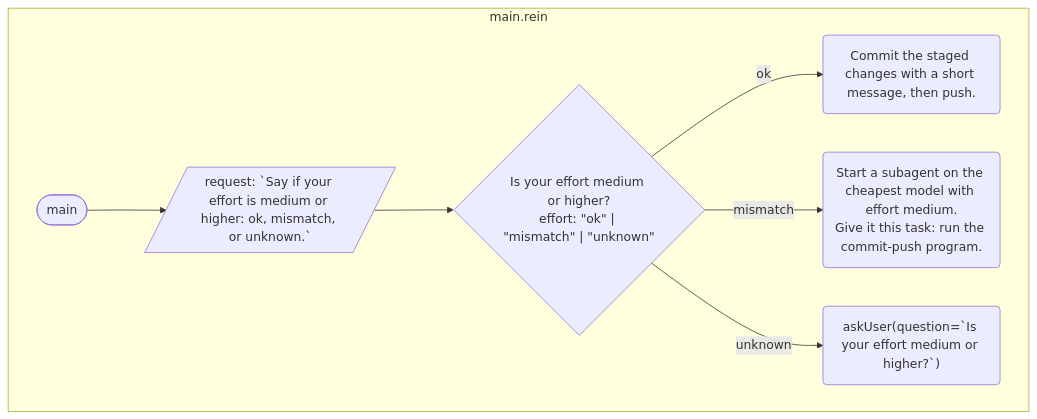
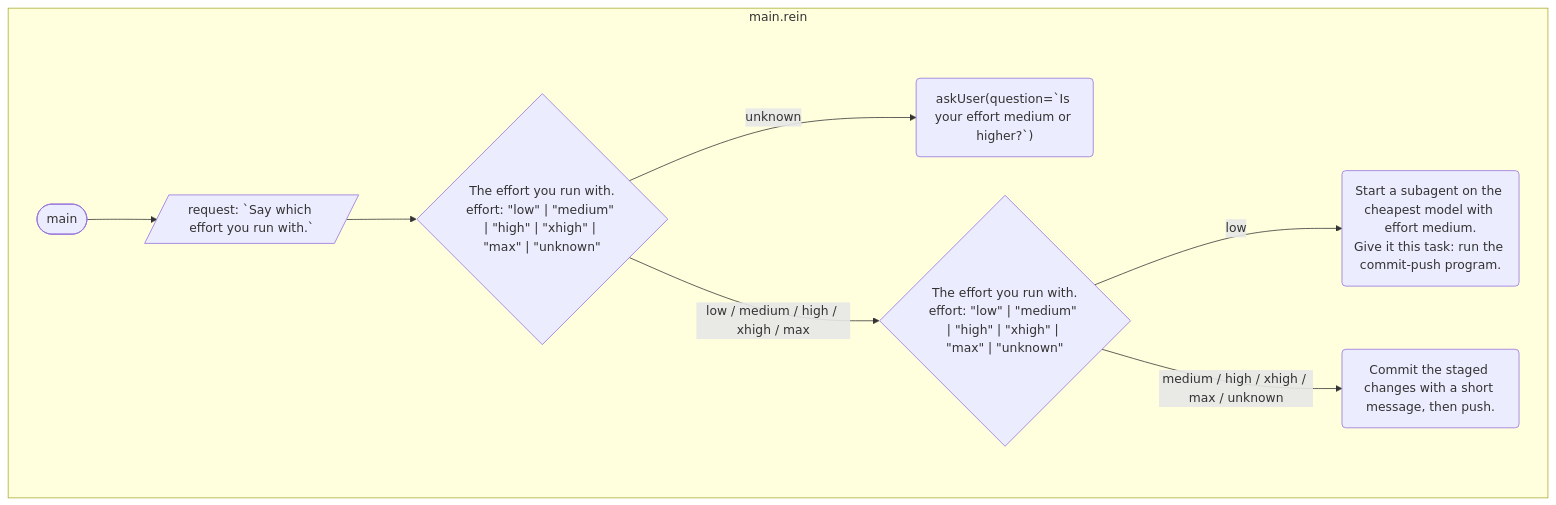
Before and after one commit to rein-lang/rein: the diagram in website/docs/examples/commit-push.md, drawn with Mermaid. The commit also changed 5 other files, not shown here.

````diff
--- a/website/docs/examples/commit-push.md
+++ b/website/docs/examples/commit-push.md
@@ -11,16 +11,18 @@
 ```mermaid
 flowchart TD
     subgraph s0 ["main.rein"]
         f0(["main"])
-        f0_0[/"request: ˋSay if your effort is medium or higher: ok, mismatch, or unknown.ˋ"/]
-        f0_1{"Is your effort medium or higher?<br/>effort: #quot;ok#quot; | #quot;mismatch#quot; | #quot;unknown#quot;"}
-        f0_2("Commit the staged changes with a short message, then push.")
-        f0_3("Start a subagent on the cheapest model with effort medium.<br/>Give it this task: run the commit-push program.")
-        f0_4("askUser(question=ˋIs your effort medium or higher?ˋ)")
+        f0_0[/"request: ˋSay which effort you run with.ˋ"/]
+        f0_1{"The effort you run with.<br/>effort: #quot;low#quot; | #quot;medium#quot; | #quot;high#quot; | #quot;xhigh#quot; | #quot;max#quot; | #quot;unknown#quot;"}
+        f0_2("askUser(question=ˋIs your effort medium or higher?ˋ)")
+        f0_3{"The effort you run with.<br/>effort: #quot;low#quot; | #quot;medium#quot; | #quot;high#quot; | #quot;xhigh#quot; | #quot;max#quot; | #quot;unknown#quot;"}
+        f0_4("Start a subagent on the cheapest model with effort medium.<br/>Give it this task: run the commit-push program.")
+        f0_5("Commit the staged changes with a short message, then push.")
     end
     f0 --> f0_0
     f0_0 --> f0_1
-    f0_1 -->|"ok"| f0_2
-    f0_1 -->|"mismatch"| f0_3
-    f0_1 -->|"unknown"| f0_4
+    f0_1 -->|"unknown"| f0_2
+    f0_1 -->|"low / medium / high / xhigh / max"| f0_3
+    f0_3 -->|"low"| f0_4
+    f0_3 -->|"medium / high / xhigh / max / unknown"| f0_5
 ```
````
